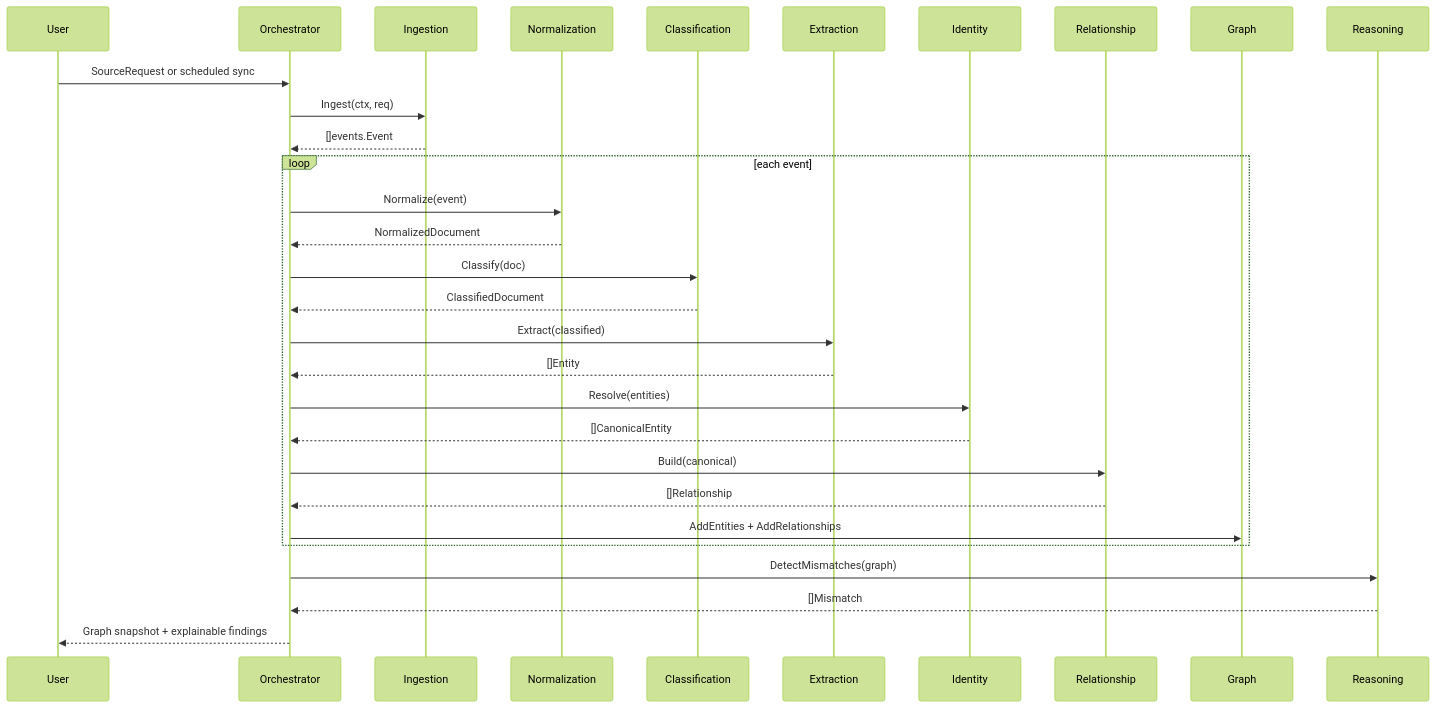
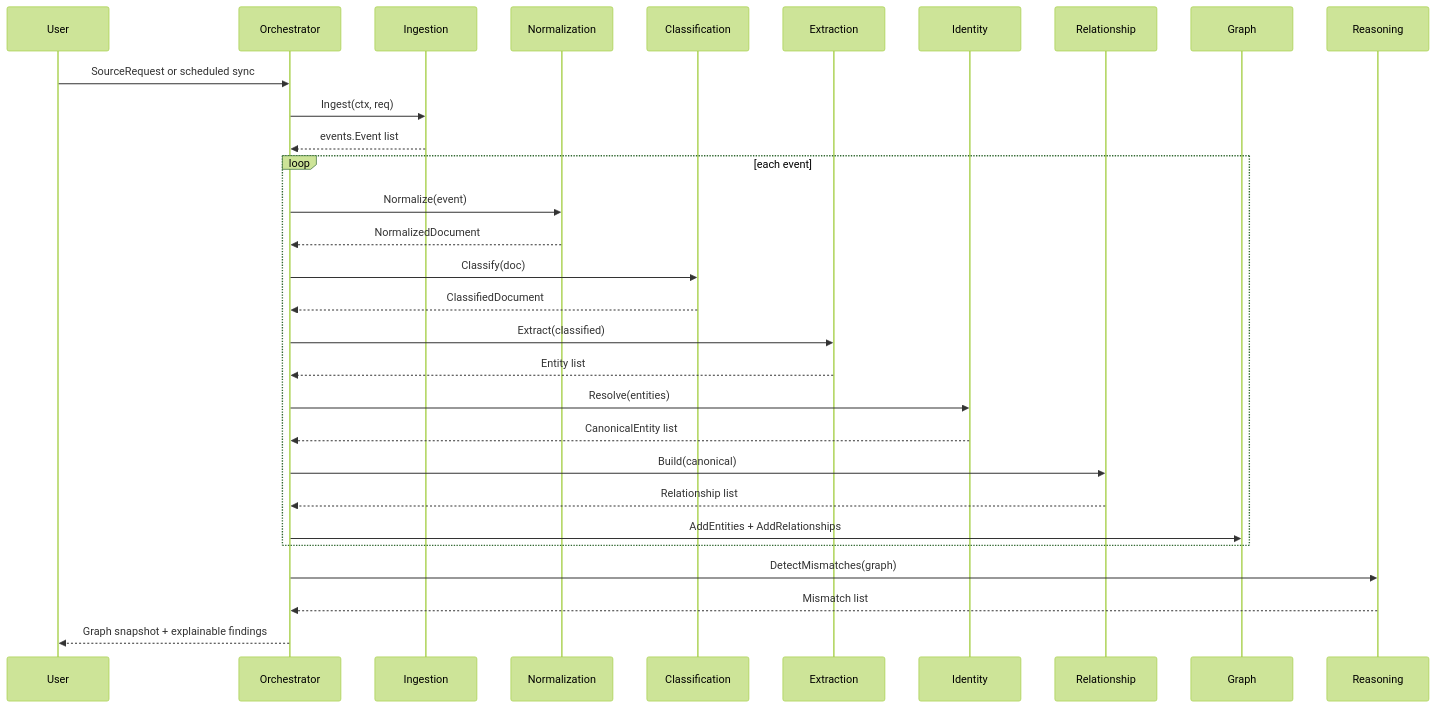
Before and after one commit to sx-tane/context-os: the second of 4 diagrams in docs/ARCHITECTURE.md, drawn with Mermaid (forest theme). The commit also changed other lines of this file and 16 other files, not shown here.

````diff
--- a/docs/ARCHITECTURE.md
+++ b/docs/ARCHITECTURE.md
@@ -32,33 +32,33 @@
 ```mermaid
 sequenceDiagram
   participant User
   participant Pipeline as Orchestrator
   participant Ingestion
   participant Normalization
   participant Classification
   participant Extraction
   participant Identity
   participant Relationship
   participant Graph
   participant Reasoning
 
   User->>Pipeline: SourceRequest or scheduled sync
   Pipeline->>Ingestion: Ingest(ctx, req)
-  Ingestion-->>Pipeline: []events.Event
+  Ingestion-->>Pipeline: events.Event list
   loop each event
     Pipeline->>Normalization: Normalize(event)
     Normalization-->>Pipeline: NormalizedDocument
     Pipeline->>Classification: Classify(doc)
     Classification-->>Pipeline: ClassifiedDocument
     Pipeline->>Extraction: Extract(classified)
-    Extraction-->>Pipeline: []Entity
+    Extraction-->>Pipeline: Entity list
     Pipeline->>Identity: Resolve(entities)
-    Identity-->>Pipeline: []CanonicalEntity
+    Identity-->>Pipeline: CanonicalEntity list
     Pipeline->>Relationship: Build(canonical)
-    Relationship-->>Pipeline: []Relationship
+    Relationship-->>Pipeline: Relationship list
     Pipeline->>Graph: AddEntities + AddRelationships
   end
   Pipeline->>Reasoning: DetectMismatches(graph)
-  Reasoning-->>Pipeline: []Mismatch
+  Reasoning-->>Pipeline: Mismatch list
   Pipeline-->>User: Graph snapshot + explainable findings
 ```
````
